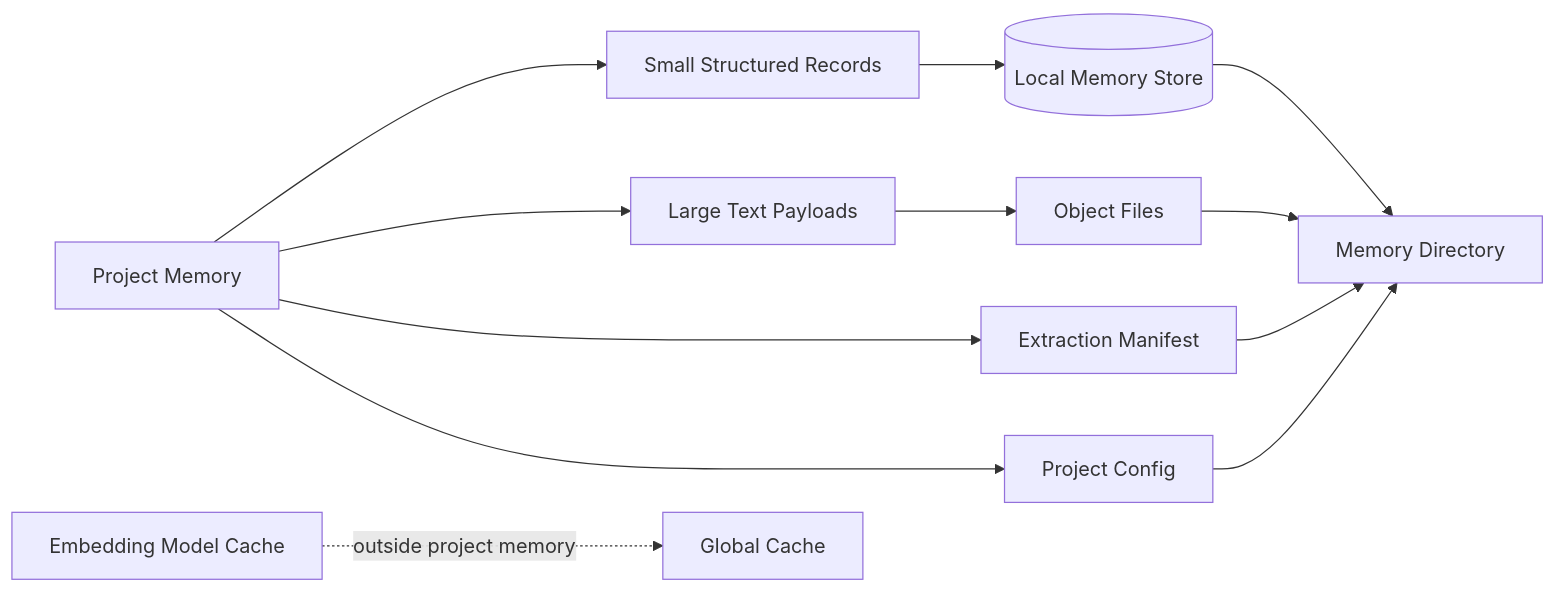
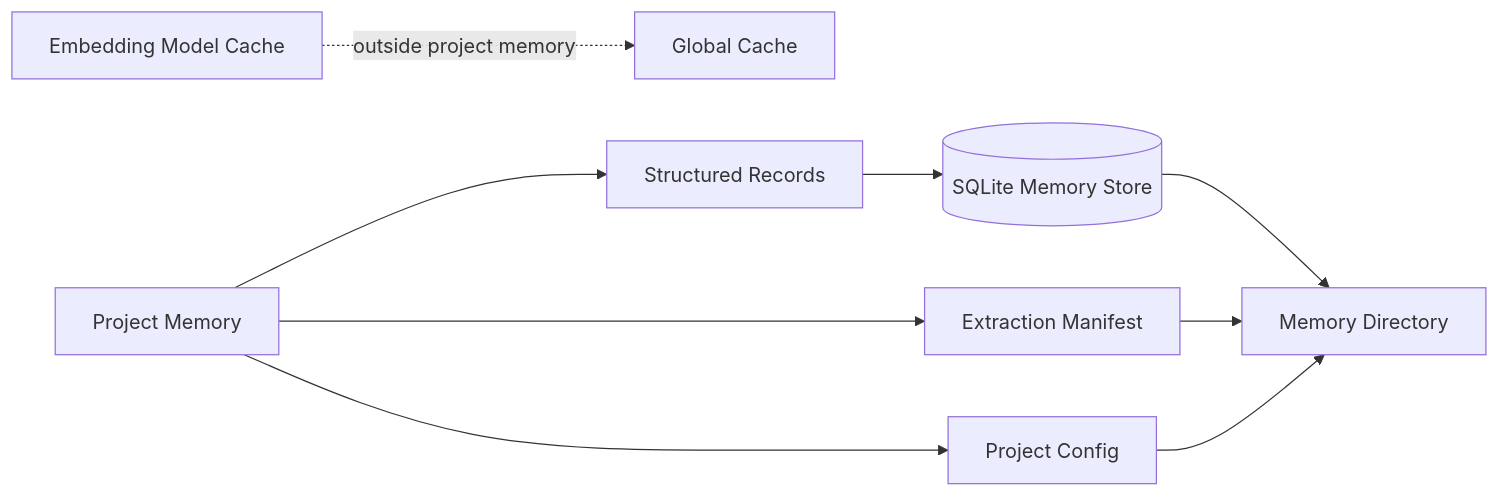
The diagram in docs/core-concepts/storage.md (konteks/cli), drawn with Mermaid before and after one commit. The commit also changed other lines of this file and 45 other files, not shown here.

First line of the commit message:
Simplify storage by removing object store layer (#28)

````diff
--- a/docs/core-concepts/storage.md
+++ b/docs/core-concepts/storage.md
@@ -7,16 +7,13 @@
 ```mermaid
 graph LR
-    Memory[Project Memory] --> Small[Small Structured Records]
-    Memory --> Large[Large Text Payloads]
+    Memory[Project Memory] --> Records[Structured Records]
     Memory --> Manifest[Extraction Manifest]
     Memory --> Config[Project Config]
 
-    Small --> LocalStore[(Local Memory Store)]
-    Large --> Objects[Object Files]
+    Records --> LocalStore[(SQLite Memory Store)]
     Manifest --> Files[Memory Directory]
     Config --> Files
     LocalStore --> Files
-    Objects --> Files
 
     Models[Embedding Model Cache] -. outside project memory .-> GlobalCache[Global Cache]
 ```
````
